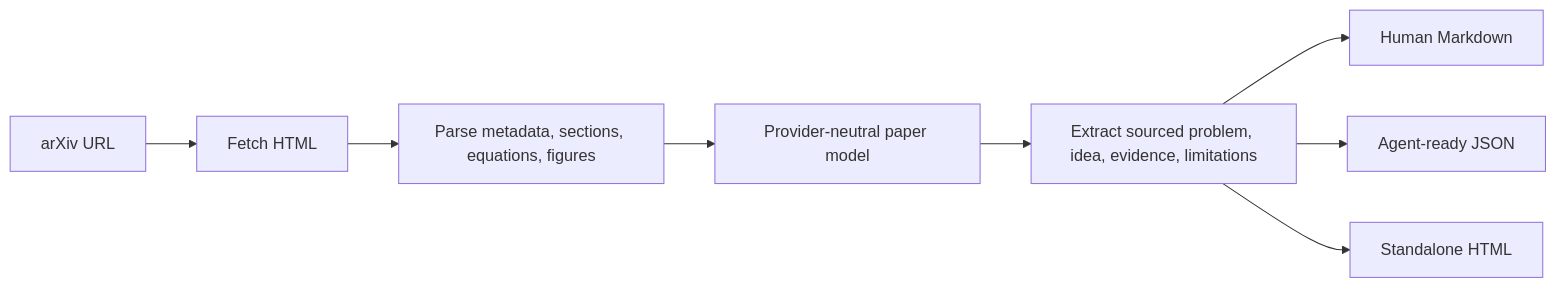
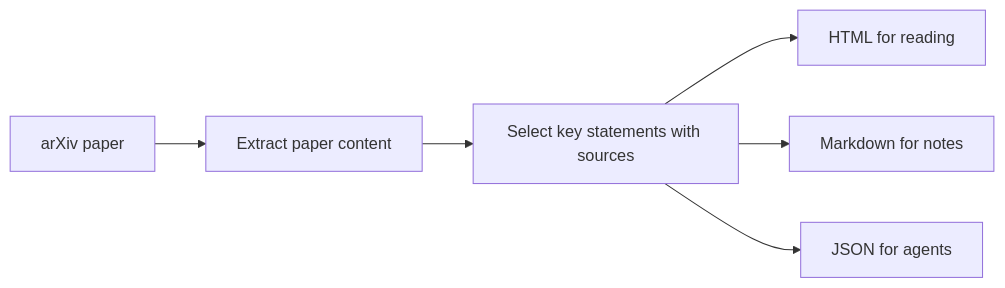
Before and after one commit to emilsmeznieks/RPL: the diagram in README.md, drawn with Mermaid. The commit also changed other lines of this file, not shown here.

````diff
--- a/README.md
+++ b/README.md
@@ -56,10 +125,8 @@
 ```mermaid
 flowchart LR
-  A["arXiv URL"] --> B["Fetch HTML"]
-  B --> C["Parse metadata, sections, equations, figures"]
-  C --> D["Provider-neutral paper model"]
-  D --> E["Extract sourced problem, idea, evidence, limitations"]
-  E --> F["Human Markdown"]
-  E --> G["Agent-ready JSON"]
-  E --> H["Standalone HTML"]
+  A["arXiv paper"] --> B["Extract paper content"]
+  B --> C["Select key statements with sources"]
+  C --> D["HTML for reading"]
+  C --> E["Markdown for notes"]
+  C --> F["JSON for agents"]
 ```
````
